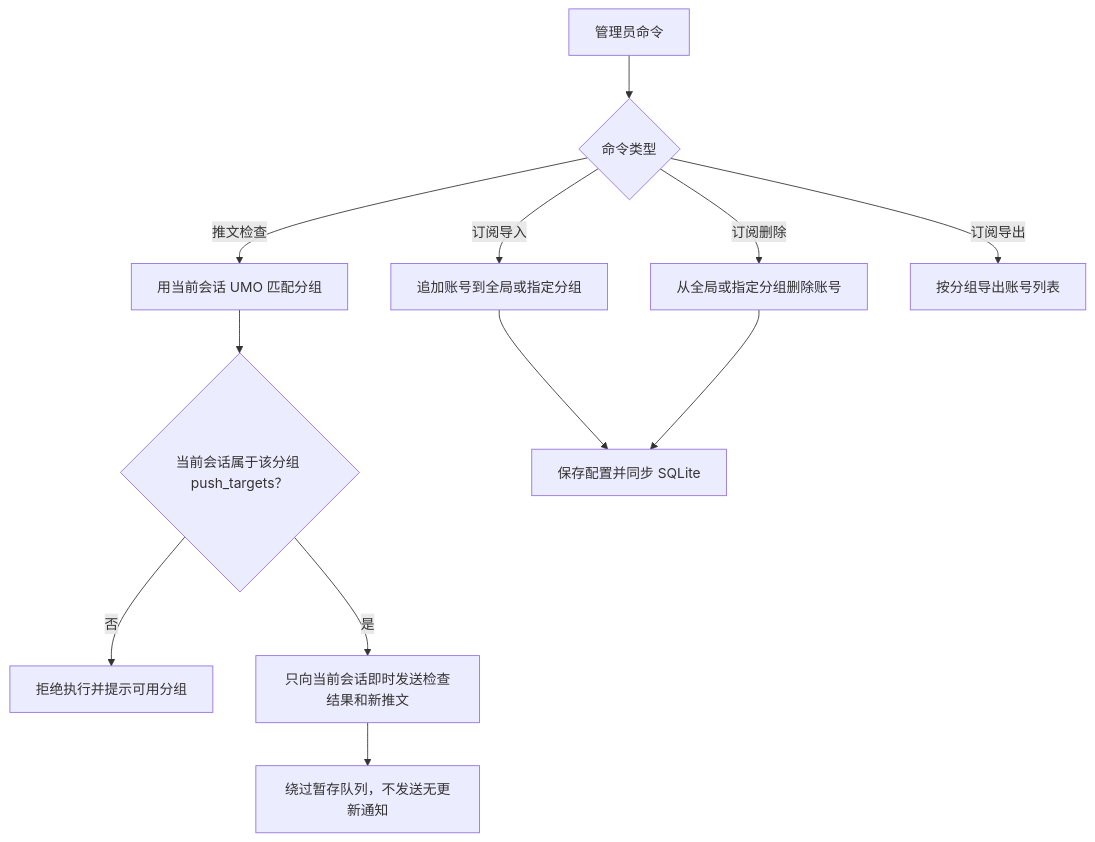
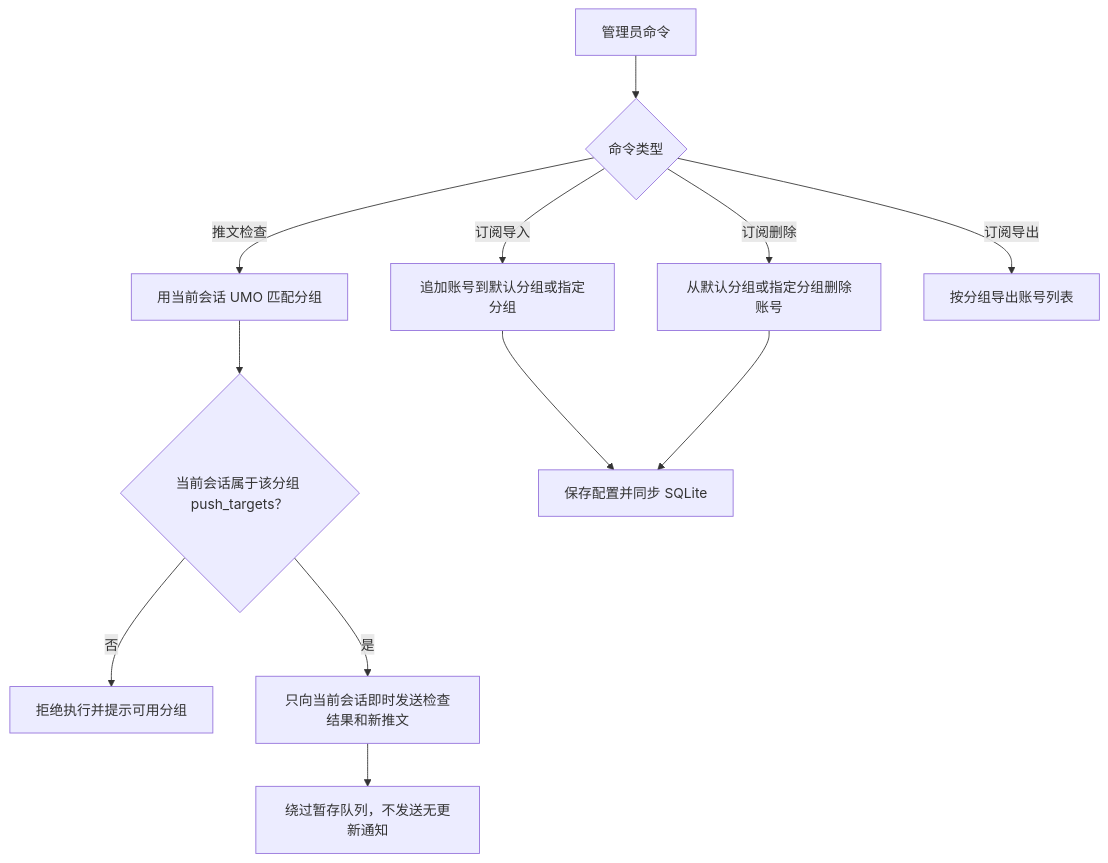
Before and after one commit to shitianyaa/astrbot_plugin_nitter_tweets: the third of 3 diagrams in docs/advanced.md, drawn with Mermaid. The commit also changed other lines of this file and 16 other files, not shown here.

````diff
--- a/docs/advanced.md
+++ b/docs/advanced.md
@@ -65,14 +65,14 @@
 ```mermaid
 flowchart TD
     A["管理员命令"] --> B{"命令类型"}
     B -->|推文检查| C["用当前会话 UMO 匹配分组"]
     C --> D{"当前会话属于该分组 push_targets？"}
     D -->|否| E["拒绝执行并提示可用分组"]
     D -->|是| F["只向当前会话即时发送检查结果和新推文"]
     F --> G["绕过暂存队列，不发送无更新通知"]
-    B -->|订阅导入| H["追加账号到全局或指定分组"]
-    B -->|订阅删除| I["从全局或指定分组删除账号"]
+    B -->|订阅导入| H["追加账号到默认分组或指定分组"]
+    B -->|订阅删除| I["从默认分组或指定分组删除账号"]
     B -->|订阅导出| J["按分组导出账号列表"]
     H --> K["保存配置并同步 SQLite"]
     I --> K
 ```
````
